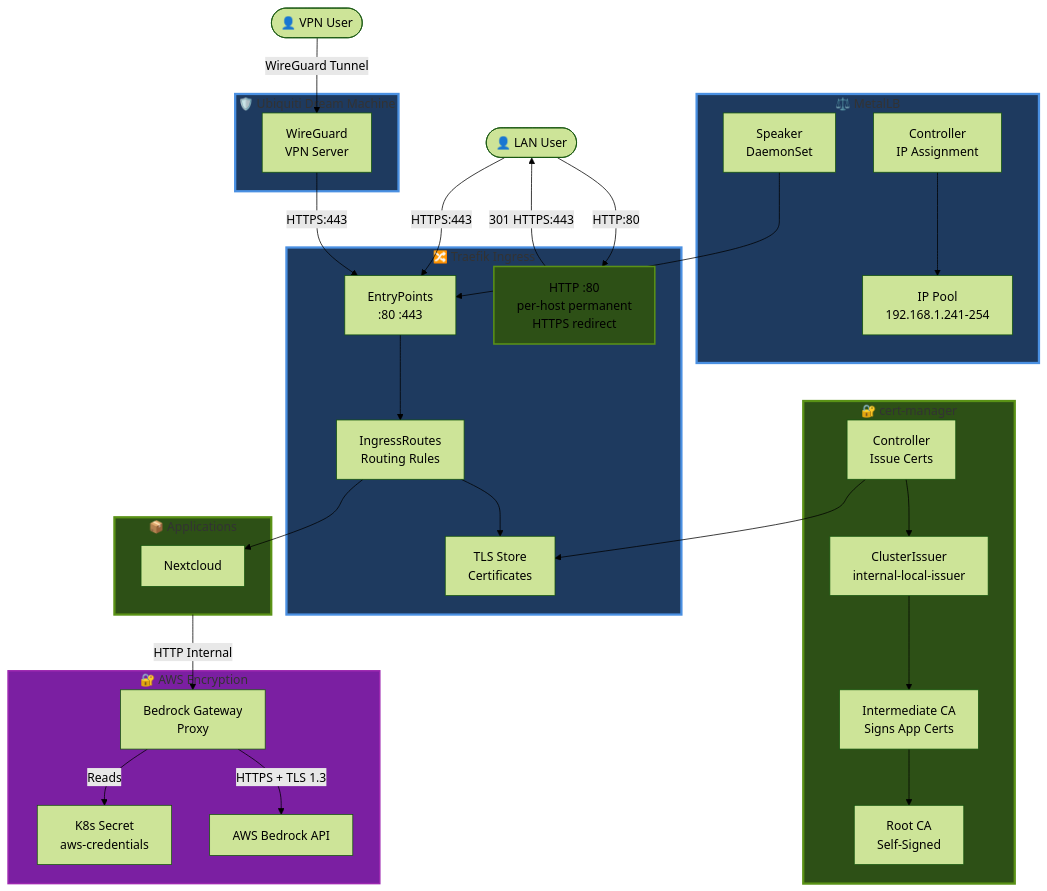
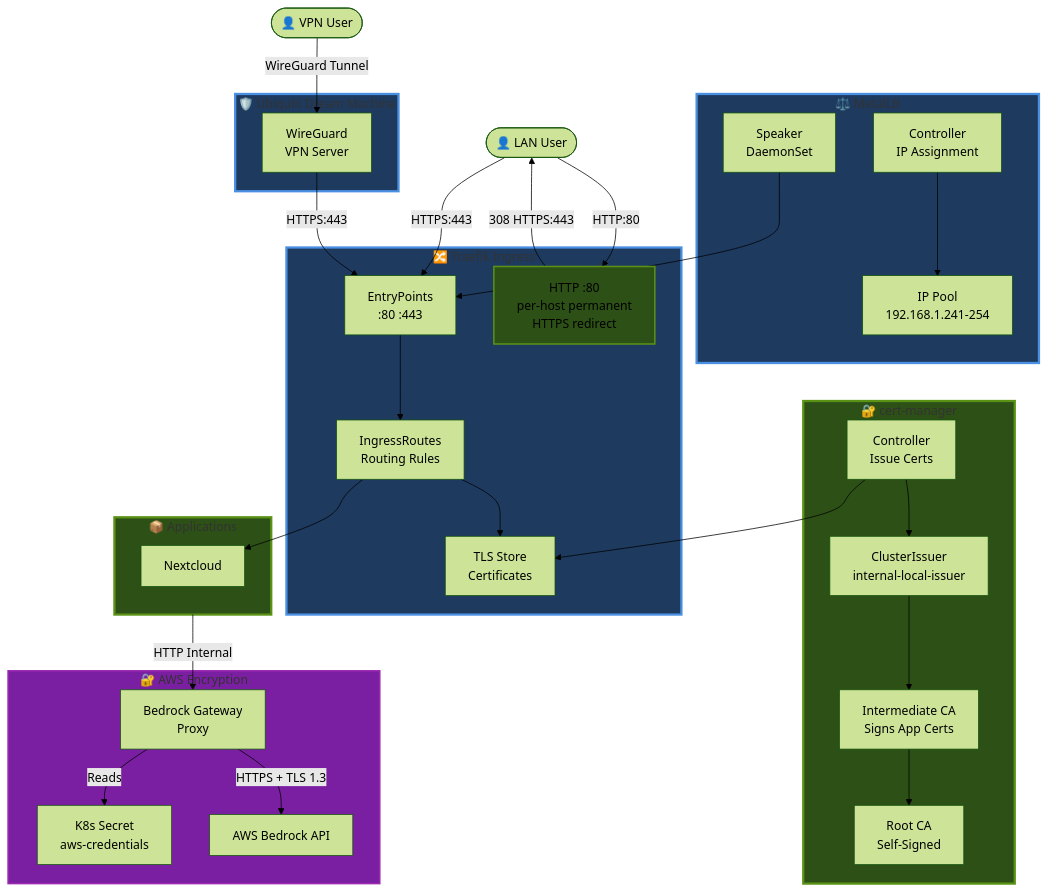
Before and after one commit to seadogger-tech/seadogger-homelab: the diagram in docs/wiki/07-Networking-and-Ingress.md, drawn with Mermaid (forest theme). The commit also changed other lines of this file, not shown here.

Commit message:
docs(core): Correct HTTP redirect status for #4

````diff
--- a/docs/wiki/07-Networking-and-Ingress.md
+++ b/docs/wiki/07-Networking-and-Ingress.md
@@ -60,69 +60,69 @@
 ```mermaid
 graph TB
     LAN([👤 LAN User])
     VPN([👤 VPN User])
 
     subgraph UDM["🛡️ Ubiquiti Dream Machine"]
         WG[WireGuard<br/>VPN Server]
     end
 
     subgraph MetalLB["⚖️ MetalLB"]
         Speaker[Speaker<br/>DaemonSet]
         Controller[Controller<br/>IP Assignment]
         IPPool[IP Pool<br/>192.168.1.241-254]
     end
 
     subgraph Traefik["🔀 Traefik Ingress"]
         EntryPoint[EntryPoints<br/>:80 :443]
         Router[IngressRoutes<br/>Routing Rules]
         TLSStore[TLS Store<br/>Certificates]
         Redirect[HTTP :80<br/>per-host permanent<br/>HTTPS redirect]
     end
 
     subgraph CertManager["🔐 cert-manager"]
         CMController[Controller<br/>Issue Certs]
         Issuer[ClusterIssuer<br/>internal-local-issuer]
         RootCA[Root CA<br/>Self-Signed]
         IntermediateCA[Intermediate CA<br/>Signs App Certs]
     end
 
     subgraph Apps["📦 Applications"]
         Nextcloud[Nextcloud]
     end
 
     subgraph Encryption["🔐 AWS Encryption"]
         Secret[K8s Secret<br/>aws-credentials]
         BG[Bedrock Gateway<br/>Proxy]
         AWS[AWS Bedrock API]
     end
 
     LAN -->|HTTPS:443| EntryPoint
     LAN -->|HTTP:80| Redirect
-    Redirect -->|301 HTTPS:443| LAN
+    Redirect -->|308 HTTPS:443| LAN
     VPN -->|WireGuard Tunnel| WG
     WG -->|HTTPS:443| EntryPoint
 
     Controller --> IPPool
     Speaker --> EntryPoint
 
     EntryPoint --> Router
     Router --> TLSStore
     Router --> Nextcloud
 
     CMController --> Issuer
     Issuer --> IntermediateCA
     IntermediateCA --> RootCA
     CMController --> TLSStore
 
     Apps -->|HTTP Internal| BG
     BG -->|Reads| Secret
     BG -->|HTTPS + TLS 1.3| AWS
 
     style UDM fill:#1e3a5f,stroke:#4a90e2,stroke-width:3px
     style MetalLB fill:#1e3a5f,stroke:#4a90e2,stroke-width:3px
     style Traefik fill:#1e3a5f,stroke:#4a90e2,stroke-width:3px
     style CertManager fill:#2d5016,stroke:#5a9216,stroke-width:3px
     style Apps fill:#2d5016,stroke:#5a9216,stroke-width:3px
     style Encryption fill:#7b1fa2,stroke:#9c27b0,stroke-width:2px
     style Redirect fill:#2d5016,stroke:#5a9216,stroke-width:2px
 ```
````
